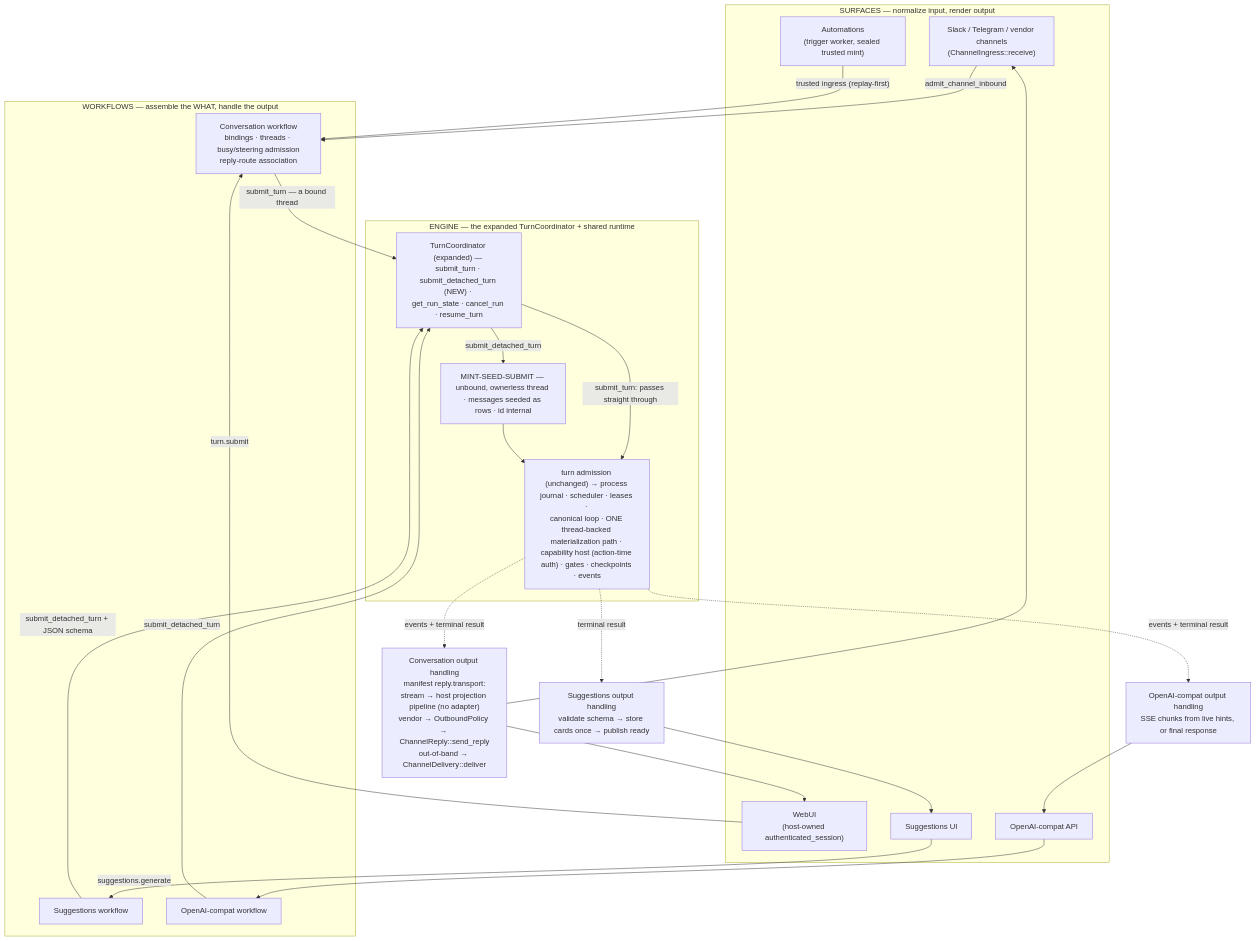
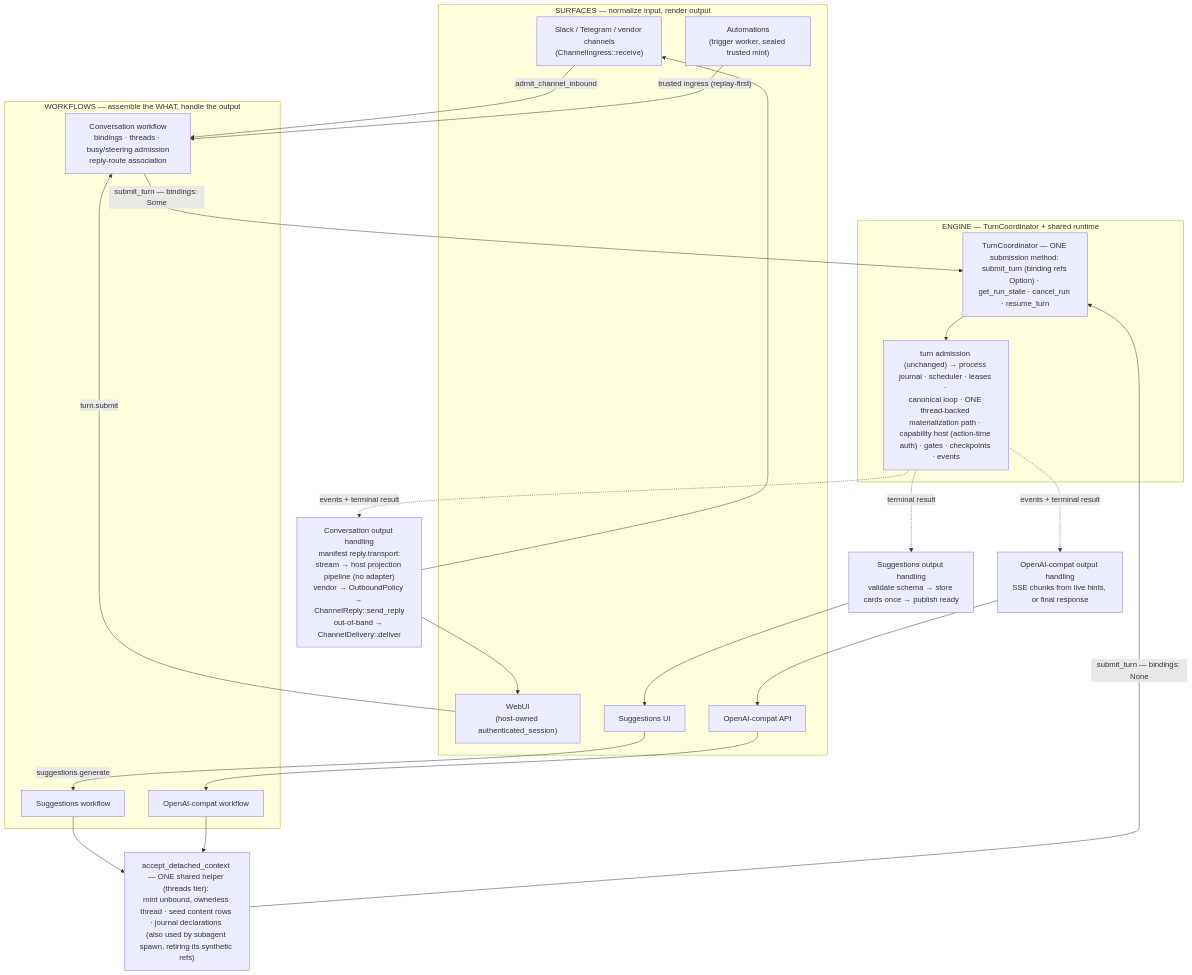
The diagram in docs/internal/design/2026-08-12-one-engine-many-surfaces.md (linhongyu510/ironclaw), drawn with Mermaid before and after one commit. The commit also changed other lines of this file and 1 other file, not shown here.

First line of the commit message:
docs(internal): one submit_turn with optional bindings + one shared detached accept door

````diff
--- a/docs/internal/design/2026-08-12-one-engine-many-surfaces.md
+++ b/docs/internal/design/2026-08-12-one-engine-many-surfaces.md
@@ -47,43 +49,44 @@
 ```mermaid
 flowchart TB
     subgraph Surfaces["SURFACES — normalize input, render output"]
         Slack["Slack / Telegram / vendor channels<br/>(ChannelIngress::receive)"]
         WebUI["WebUI<br/>(host-owned authenticated_session)"]
         Trig["Automations<br/>(trigger worker, sealed trusted mint)"]
         SuggUI["Suggestions UI"]
         OAIApi["OpenAI-compat API"]
     end
 
     subgraph Workflows["WORKFLOWS — assemble the WHAT, handle the output"]
         Conv["Conversation workflow<br/>bindings · threads · busy/steering admission<br/>reply-route association"]
         Sugg["Suggestions workflow"]
         Compat["OpenAI-compat workflow"]
     end
 
-    subgraph Engine["ENGINE — the expanded TurnCoordinator + shared runtime"]
-        AE["TurnCoordinator (expanded) — <br/>submit_turn · submit_detached_turn (NEW) · <br/>get_run_state · cancel_run · resume_turn"]
-        MINT["MINT-SEED-SUBMIT — <br/>unbound, ownerless thread · messages seeded as rows · id internal"]
+    subgraph Engine["ENGINE — TurnCoordinator + shared runtime"]
+        AE["TurnCoordinator — ONE submission method: <br/>submit_turn (binding refs Option) · <br/>get_run_state · cancel_run · resume_turn"]
         RT["turn admission (unchanged) → process journal · scheduler · leases · <br/>canonical loop · ONE thread-backed materialization path · <br/>capability host (action-time auth) · gates · checkpoints · events"]
-        AE -->|"submit_turn: passes straight through"| RT
-        AE -->|"submit_detached_turn"| MINT --> RT
+        AE --> RT
     end
+
+    PREP["accept_detached_context — ONE shared helper (threads tier): <br/>mint unbound, ownerless thread · seed content rows · journal declarations <br/>(also used by subagent spawn, retiring its synthetic refs)"]
 
     Slack -->|"admit_channel_inbound"| Conv
     WebUI -->|"turn.submit"| Conv
     Trig -->|"trusted ingress (replay-first)"| Conv
     SuggUI -->|"suggestions.generate"| Sugg
     OAIApi --> Compat
 
-    Conv -->|"submit_turn — a bound thread"| AE
-    Sugg -->|"submit_detached_turn + JSON schema"| AE
-    Compat -->|"submit_detached_turn"| AE
+    Conv -->|"submit_turn — bindings: Some"| AE
+    Sugg --> PREP
+    Compat --> PREP
+    PREP -->|"submit_turn — bindings: None"| AE
 
     RT -.->|"events + terminal result"| ConvOut["Conversation output handling<br/>manifest reply.transport:<br/>stream → host projection pipeline (no adapter)<br/>vendor → OutboundPolicy → ChannelReply::send_reply<br/>out-of-band → ChannelDelivery::deliver"]
     RT -.->|"terminal result"| SuggOut["Suggestions output handling<br/>validate schema → store cards once → publish ready"]
     RT -.->|"events + terminal result"| CompatOut["OpenAI-compat output handling<br/>SSE chunks from live hints, or final response"]
 
     ConvOut --> Slack
     ConvOut --> WebUI
     SuggOut --> SuggUI
     CompatOut --> OAIApi
 ```
````
